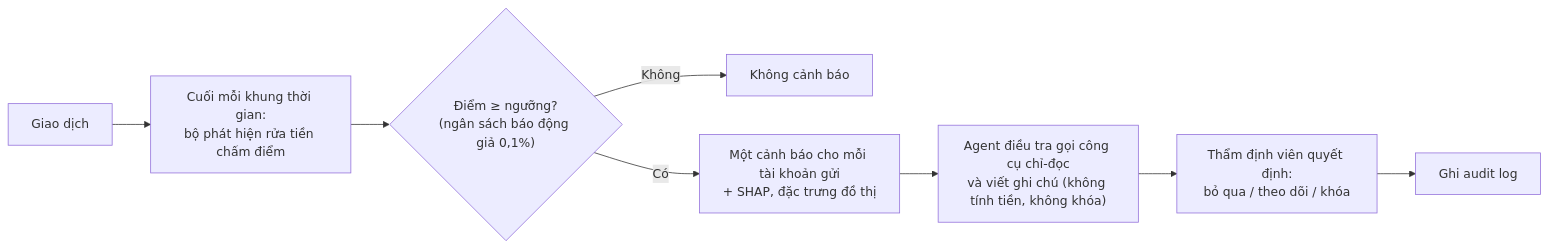
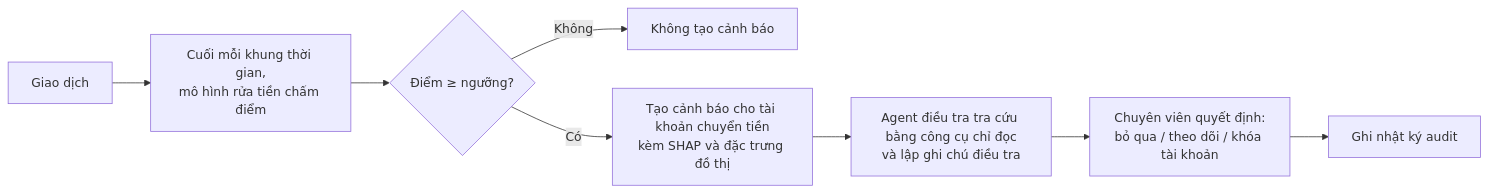
Before and after one commit to shoxieje/T163-fintech-agentic-kyc-aml-prd: the fourth of 4 diagrams in README.md, drawn with Mermaid. The commit also changed other lines of this file, not shown here.

````diff
--- a/README.md
+++ b/README.md
@@ -151,10 +163,10 @@
 ```mermaid
 flowchart LR
-  T["Giao dịch"] --> W["Cuối mỗi khung thời gian:<br/>bộ phát hiện rửa tiền chấm điểm"]
-  W --> X{"Điểm ≥ ngưỡng?<br/>(ngân sách báo động giả 0,1%)"}
-  X -->|Không| OK["Không cảnh báo"]
-  X -->|Có| AL["Một cảnh báo cho mỗi tài khoản gửi<br/>+ SHAP, đặc trưng đồ thị"]
-  AL --> I["Agent điều tra gọi công cụ chỉ-đọc<br/>và viết ghi chú (không tính tiền, không khóa)"]
-  I --> R["Thẩm định viên quyết định:<br/>bỏ qua / theo dõi / khóa"]
-  R --> L2["Ghi audit log"]
+  T["Giao dịch"] --> W["Cuối mỗi khung thời gian,<br/>mô hình rửa tiền chấm điểm"]
+  W --> X{"Điểm ≥ ngưỡng?"}
+  X -->|Không| OK["Không tạo cảnh báo"]
+  X -->|Có| AL["Tạo cảnh báo cho tài khoản chuyển tiền<br/>kèm SHAP và đặc trưng đồ thị"]
+  AL --> I["Agent điều tra tra cứu bằng công cụ chỉ đọc<br/>và lập ghi chú điều tra"]
+  I --> R["Chuyên viên quyết định:<br/>bỏ qua / theo dõi / khóa tài khoản"]
+  R --> L2["Ghi nhật ký audit"]
 ```
````
